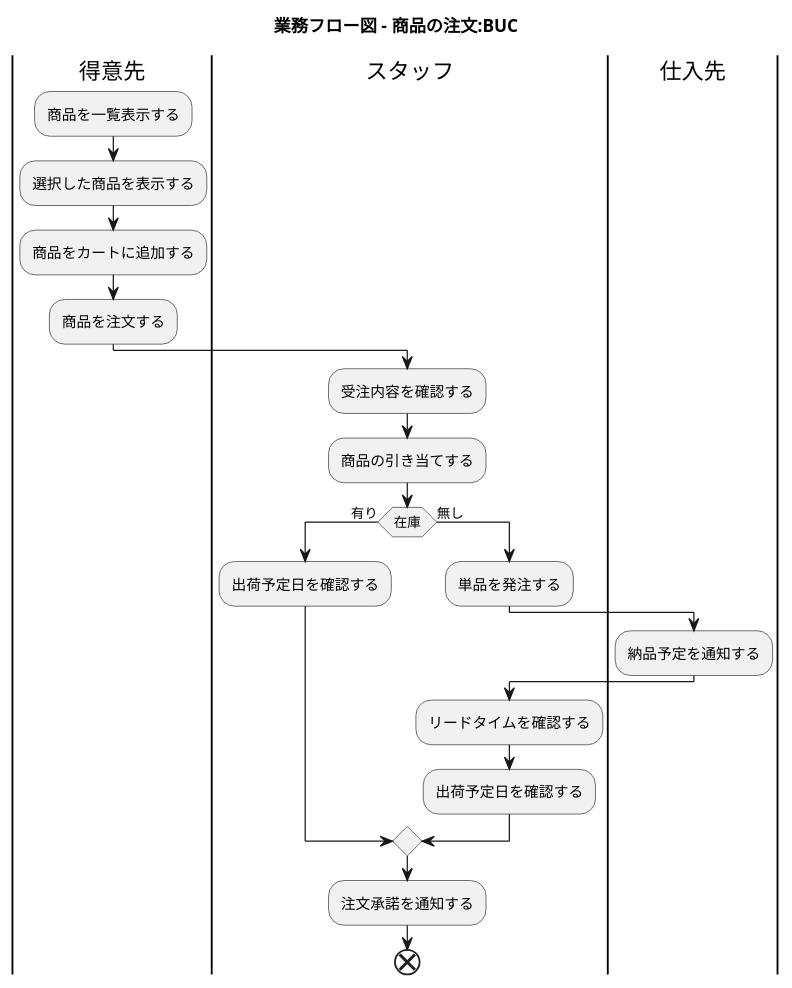
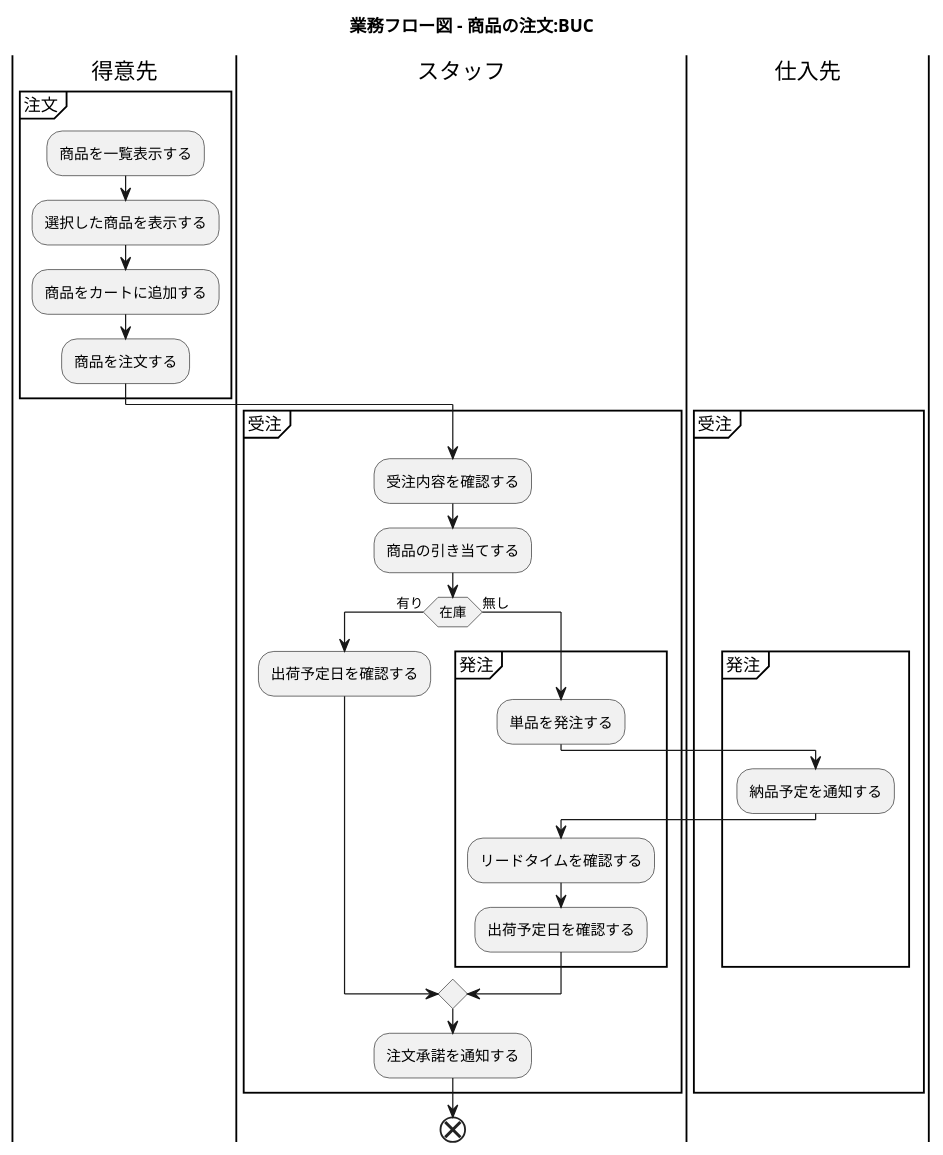
One commit to k2works/application_programing_excercise_2022 changed the ninth of 38 diagrams in docs/index.adoc. Above: the diagram before and after it, drawn with PlantUML. The commit also changed other lines of this file, not shown here.

Commit message:
docs: ユースケース複合図

```diff
--- a/docs/index.adoc
+++ b/docs/index.adoc
@@ -343,31 +345,37 @@
 [plantuml]
 ----
 @startuml
 
 title 業務フロー図 - 商品の注文:BUC
 
 |得意先|
-:商品を一覧表示する;
-:選択した商品を表示する;
-:商品をカートに追加する;
-:商品を注文する;
+partition 注文 {
+    :商品を一覧表示する;
+    :選択した商品を表示する;
+    :商品をカートに追加する;
+    :商品を注文する;
+}
 
 |スタッフ|
-:受注内容を確認する;
-:商品の引き当てする;
-if (在庫) then (有り)
- :出荷予定日を確認する;
-else (無し)
- :単品を発注する;
- |仕入先|
- :納品予定を通知する;
- |スタッフ|
- :リードタイムを確認する;
- :出荷予定日を確認する;
-endif
-:注文承諾を通知する;
+partition 受注 {
+    :受注内容を確認する;
+    :商品の引き当てする;
+    if (在庫) then (有り)
+     :出荷予定日を確認する;
+    else (無し)
+     partition 発注 {
+         :単品を発注する;
+         |仕入先|
+         :納品予定を通知する;
+         |スタッフ|
+         :リードタイムを確認する;
+         :出荷予定日を確認する;
+     }
+    endif
+    :注文承諾を通知する;
+}
 
 end
 
 @enduml
 ----
```
